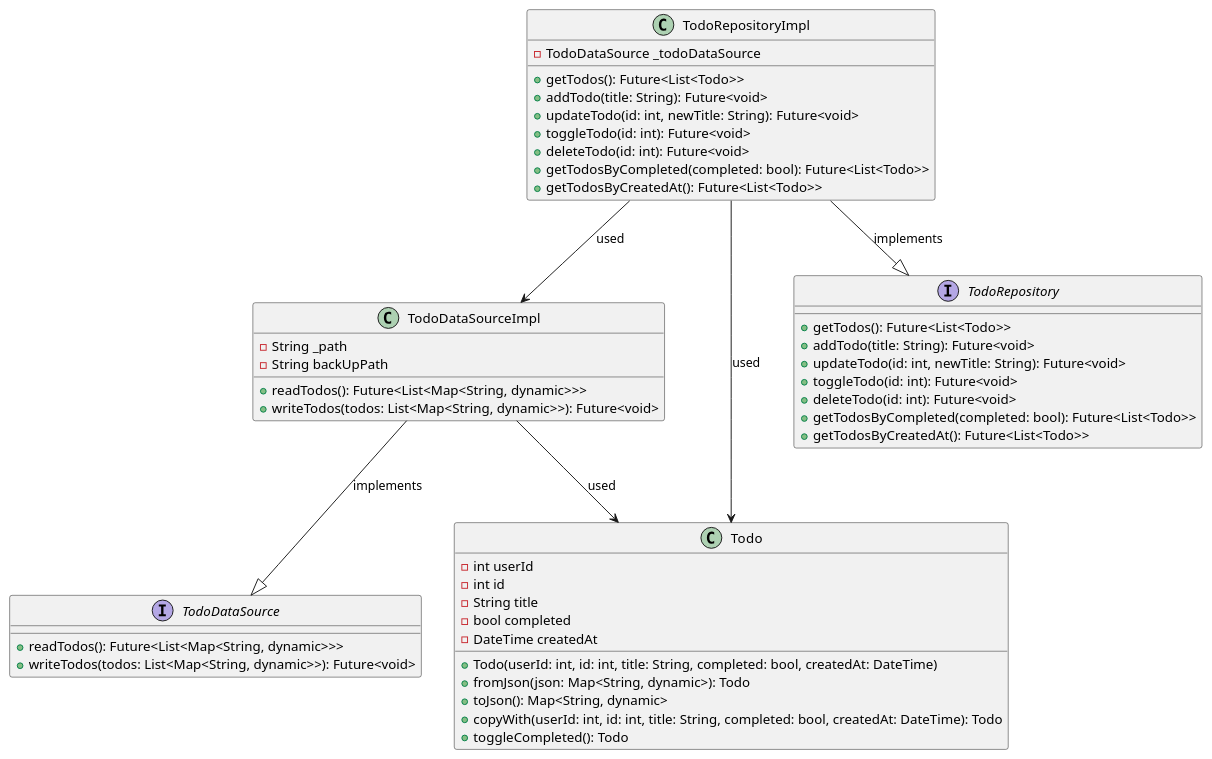
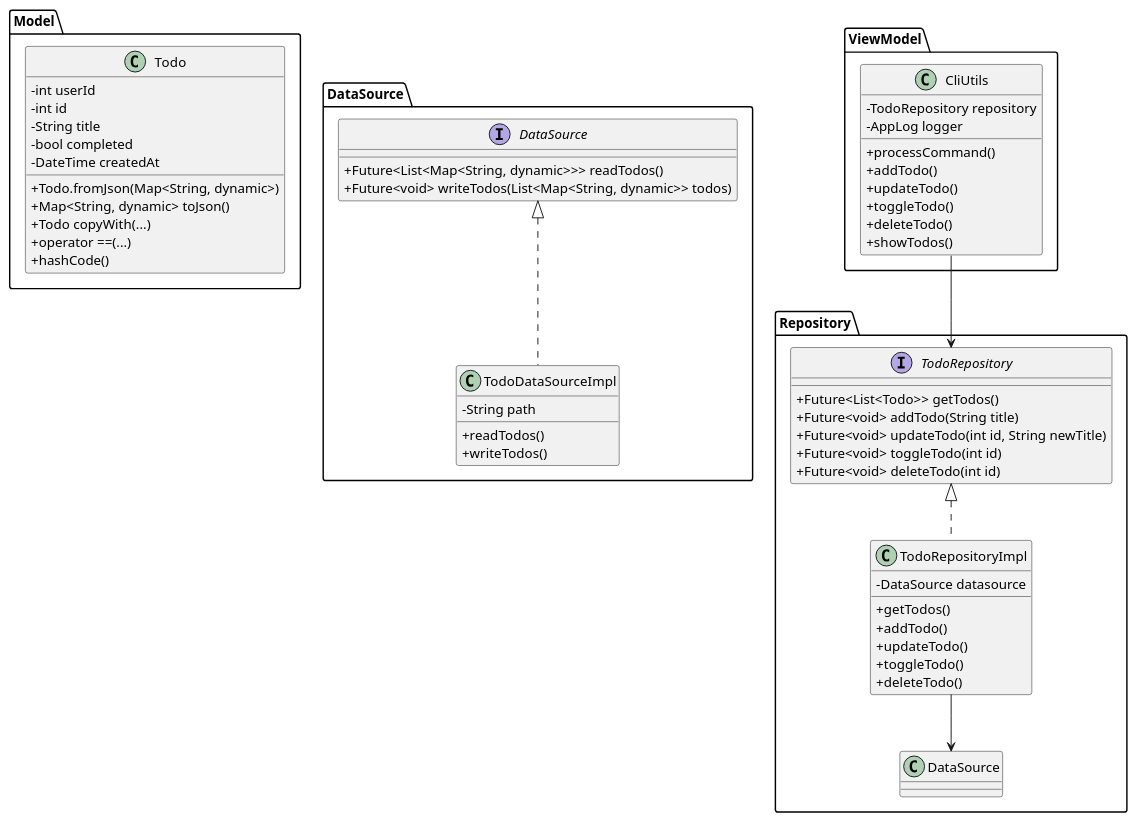
One commit to doggodking/modu-3-dart-todo-app changed the diagram in lib/todo_app_plant_uml.puml. Above: the diagram before and after it, drawn with PlantUML.

Commit message:
doc : 다이어그램 각 계층별 분리

```diff
--- a/lib/todo_app_plant_uml.puml
+++ b/lib/todo_app_plant_uml.puml
@@ -1,59 +1,72 @@
 @startuml
-' TodoDataSource 인터페이스
-interface TodoDataSource {
-  +readTodos(): Future<List<Map<String, dynamic>>>
-  +writeTodos(todos: List<Map<String, dynamic>>): Future<void>
+
+skinparam classAttributeIconSize 0
+
+package "Model" {
+  class Todo {
+    - int userId
+    - int id
+    - String title
+    - bool completed
+    - DateTime createdAt
+    + Todo.fromJson(Map<String, dynamic>)
+    + Map<String, dynamic> toJson()
+    + Todo copyWith(...)
+    + operator ==(...)
+    + hashCode()
+  }
 }
 
-' TodoDataSourceImpl 클래스 (TodoDataSource 구현체)
-class TodoDataSourceImpl {
-  - String _path
-  - String backUpPath
-  + readTodos(): Future<List<Map<String, dynamic>>>
-  + writeTodos(todos: List<Map<String, dynamic>>): Future<void>
+package "DataSource" {
+  interface DataSource {
+    + Future<List<Map<String, dynamic>>> readTodos()
+    + Future<void> writeTodos(List<Map<String, dynamic>> todos)
+  }
+
+  class TodoDataSourceImpl {
+    - String path
+    + readTodos()
+    + writeTodos()
+  }
+
+  DataSource <|.. TodoDataSourceImpl
 }
 
-' Todo 모델 클래스
-class Todo {
-  - int userId
-  - int id
-  - String title
-  - bool completed
-  - DateTime createdAt
-  + Todo(userId: int, id: int, title: String, completed: bool, createdAt: DateTime)
-  + fromJson(json: Map<String, dynamic>): Todo
-  + toJson(): Map<String, dynamic>
-  + copyWith(userId: int, id: int, title: String, completed: bool, createdAt: DateTime): Todo
-  + toggleCompleted(): Todo
+package "Repository" {
+  interface TodoRepository {
+    + Future<List<Todo>> getTodos()
+    + Future<void> addTodo(String title)
+    + Future<void> updateTodo(int id, String newTitle)
+    + Future<void> toggleTodo(int id)
+    + Future<void> deleteTodo(int id)
+  }
+
+  class TodoRepositoryImpl {
+    - DataSource datasource
+    + getTodos()
+    + addTodo()
+    + updateTodo()
+    + toggleTodo()
+    + deleteTodo()
+  }
+
+  TodoRepository <|.. TodoRepositoryImpl
+  TodoRepositoryImpl --> DataSource
 }
 
-' TodoRepository 인터페이스
-interface TodoRepository {
-  + getTodos(): Future<List<Todo>>
-  + addTodo(title: String): Future<void>
-  + updateTodo(id: int, newTitle: String): Future<void>
-  + toggleTodo(id: int): Future<void>
-  + deleteTodo(id: int): Future<void>
-  + getTodosByCompleted(completed: bool): Future<List<Todo>>
-  + getTodosByCreatedAt(): Future<List<Todo>>
+package "ViewModel" {
+  class CliUtils {
+    - TodoRepository repository
+    - AppLog logger
+    + processCommand()
+    + addTodo()
+    + updateTodo()
+    + toggleTodo()
+    + deleteTodo()
+    + showTodos()
+  }
+
+  CliUtils --> TodoRepository
 }
 
-' TodoRepositoryImpl 클래스 (TodoRepository 구현체)
-class TodoRepositoryImpl {
-  - TodoDataSource _todoDataSource
-  + getTodos(): Future<List<Todo>>
-  + addTodo(title: String): Future<void>
-  + updateTodo(id: int, newTitle: String): Future<void>
-  + toggleTodo(id: int): Future<void>
-  + deleteTodo(id: int): Future<void>
-  + getTodosByCompleted(completed: bool): Future<List<Todo>>
-  + getTodosByCreatedAt(): Future<List<Todo>>
-}
-
-TodoDataSourceImpl --|> TodoDataSource : implements
-TodoRepositoryImpl --|> TodoRepository : implements
-TodoRepositoryImpl --> TodoDataSourceImpl : used
-
-TodoDataSourceImpl --> Todo : used
-TodoRepositoryImpl --> Todo : used
 @enduml
```
